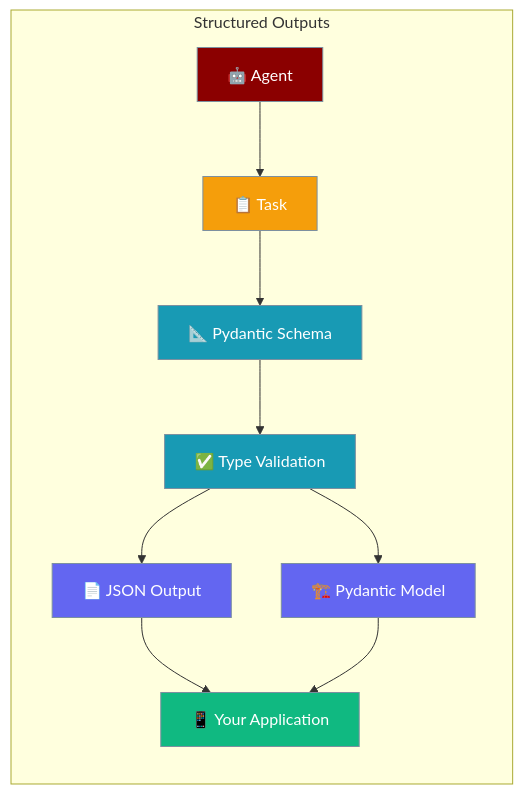
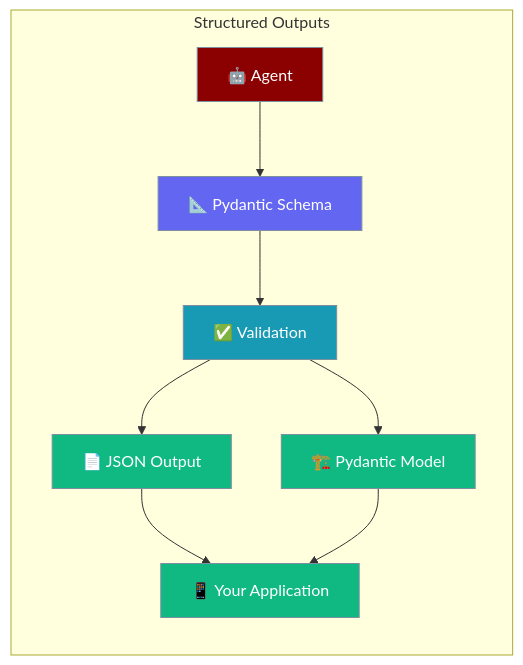
Before and after one commit to MervinPraison/PraisonAIDocs: the diagram in docs/features/structured.mdx, drawn with Mermaid. The commit also changed other lines of this file and 4 other files, not shown here.

````diff
--- a/docs/features/structured.mdx
+++ b/docs/features/structured.mdx
@@ -9,24 +22,21 @@
 ```mermaid
 graph LR
     subgraph "Structured Outputs"
-        Agent[🤖 Agent] --> Task[📋 Task]
-        Task --> Schema[📐 Pydantic Schema]
-        Schema --> Validate[✅ Type Validation]
+        Agent[🤖 Agent] --> Schema[📐 Pydantic Schema]
+        Schema --> Validate[✅ Validation]
         Validate --> JSON[📄 JSON Output]
         Validate --> Model[🏗️ Pydantic Model]
         JSON --> App[📱 Your Application]
         Model --> App
     end
 
     classDef agent fill:#8B0000,stroke:#7C90A0,color:#fff
-    classDef task fill:#F59E0B,stroke:#7C90A0,color:#fff
     classDef schema fill:#189AB4,stroke:#7C90A0,color:#fff
     classDef validate fill:#6366F1,stroke:#7C90A0,color:#fff
     classDef result fill:#10B981,stroke:#7C90A0,color:#fff
 
     class Agent agent
-    class Task task
-    class Schema,Validate schema
-    class JSON,Model validate
-    class App result
+    class Schema validate
+    class Validate schema
+    class JSON,Model,App result
 ```
````
